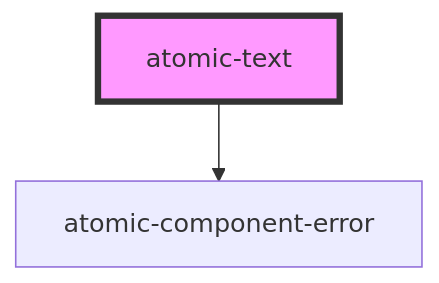
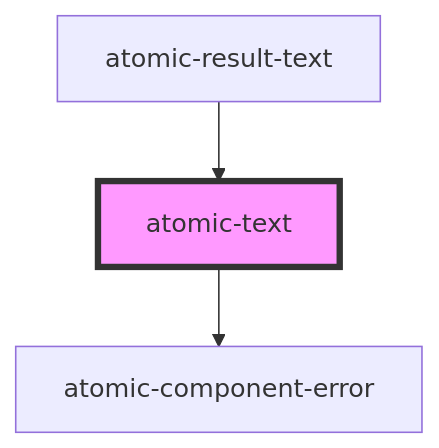
Before and after one commit to coveo/ui-kit: the diagram in packages/atomic/src/components/atomic-text/readme.md, drawn with Mermaid. The commit also changed other lines of this file and 7 other files, not shown here.

First line of the commit message:
fix(atomic): allow default value on atomic-result-text & add noTitle to atomic-result-link

````diff
--- a/packages/atomic/src/components/atomic-text/readme.md
+++ b/packages/atomic/src/components/atomic-text/readme.md
@@ -23,5 +27,6 @@
 ```mermaid
 graph TD;
   atomic-text --> atomic-component-error
+  atomic-result-text --> atomic-text
   style atomic-text fill:#f9f,stroke:#333,stroke-width:4px
 ```
````
